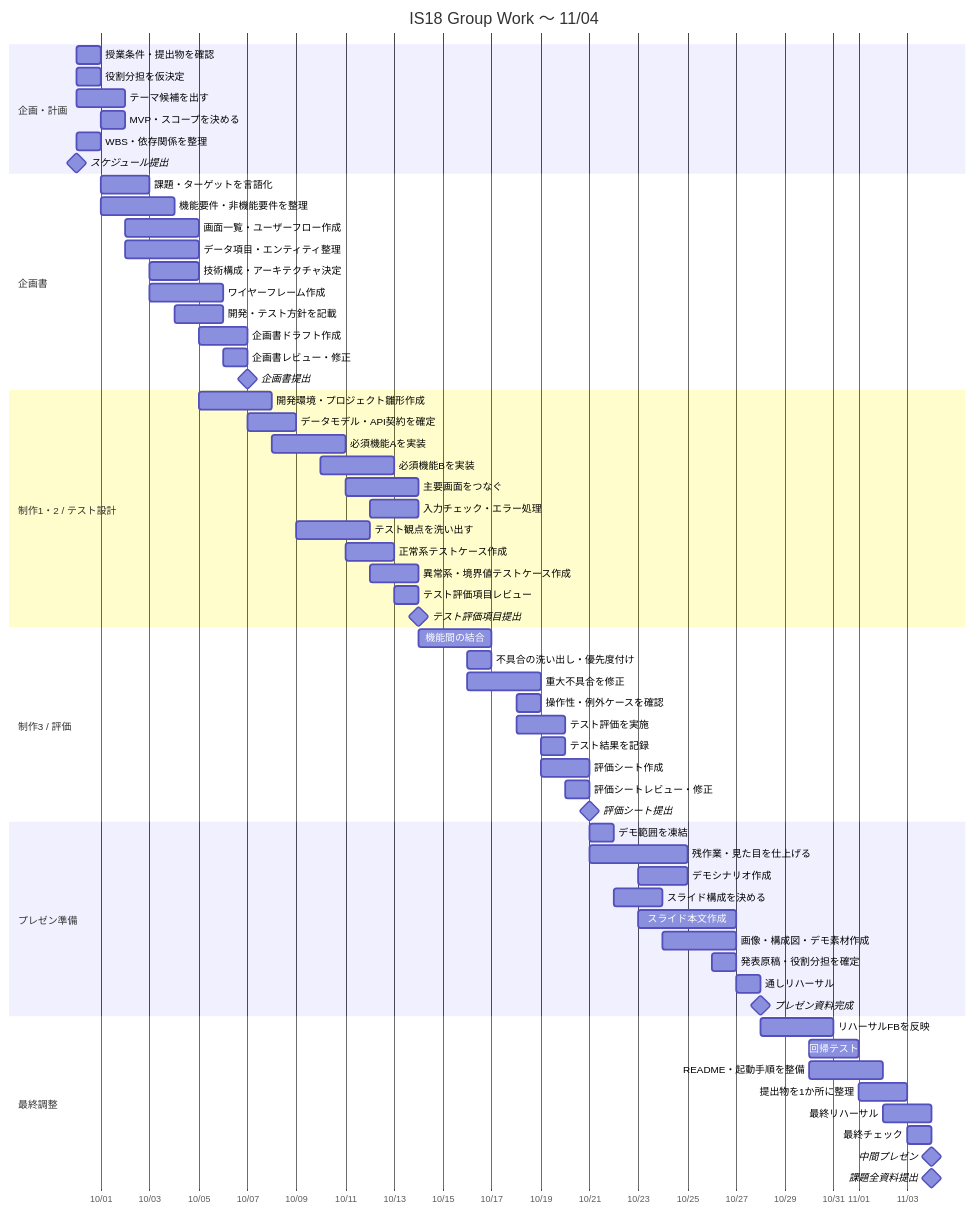
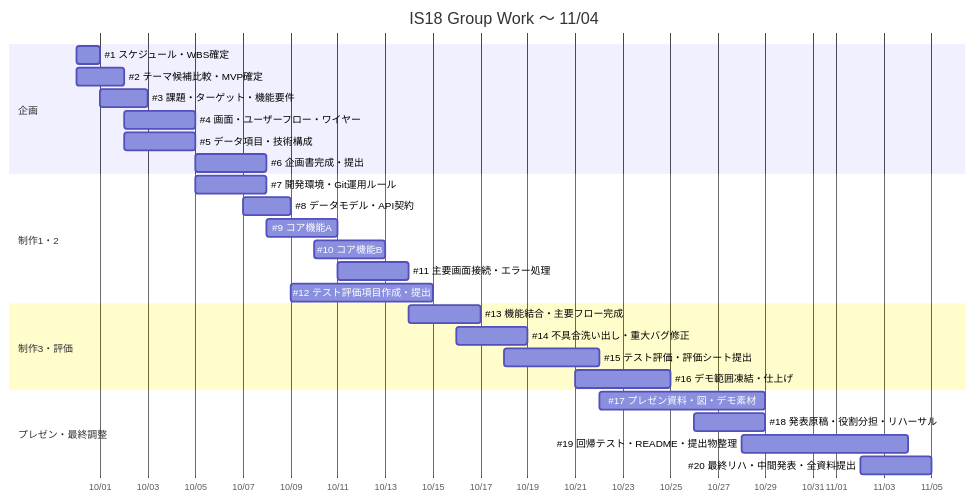
The diagram in docs/gantt.md (sota411/IS18GroupWork), drawn with Mermaid before and after one commit. The commit also changed other lines of this file, not shown here.

Commit message:
docs: align gantt with 20 project issues

````diff
--- a/docs/gantt.md
+++ b/docs/gantt.md
@@ -19,71 +16,34 @@
 ```mermaid
 gantt
     title IS18 Group Work 〜 11/04
     dateFormat  YYYY-MM-DD
     axisFormat  %m/%d
 
-    section 企画・計画
-    授業条件・提出物を確認              :a01, 2026-09-30, 1d
-    役割分担を仮決定                    :a02, 2026-09-30, 1d
-    テーマ候補を出す                    :a03, 2026-09-30, 2d
-    MVP・スコープを決める               :a04, 2026-10-01, 1d
-    WBS・依存関係を整理                 :a05, 2026-09-30, 1d
-    スケジュール提出                    :milestone, a06, 2026-09-30, 0d
+    section 企画
+    #1 スケジュール・WBS確定                 :a1, 2026-09-30, 1d
+    #2 テーマ候補比較・MVP確定               :a2, 2026-09-30, 2d
+    #3 課題・ターゲット・機能要件            :a3, 2026-10-01, 2d
+    #4 画面・ユーザーフロー・ワイヤー        :a4, 2026-10-02, 3d
+    #5 データ項目・技術構成                   :a5, 2026-10-02, 3d
+    #6 企画書完成・提出                       :a6, 2026-10-05, 3d
 
-    section 企画書
-    課題・ターゲットを言語化            :b01, 2026-10-01, 2d
-    機能要件・非機能要件を整理          :b02, 2026-10-01, 3d
-    画面一覧・ユーザーフロー作成        :b03, 2026-10-02, 3d
-    データ項目・エンティティ整理        :b04, 2026-10-02, 3d
-    技術構成・アーキテクチャ決定        :b05, 2026-10-03, 2d
-    ワイヤーフレーム作成                :b06, 2026-10-03, 3d
-    開発・テスト方針を記載              :b07, 2026-10-04, 2d
-    企画書ドラフト作成                  :b08, 2026-10-05, 2d
-    企画書レビュー・修正                :b09, 2026-10-06, 1d
-    企画書提出                          :milestone, b10, 2026-10-07, 0d
+    section 制作1・2
+    #7 開発環境・Git運用ルール                :b1, 2026-10-05, 3d
+    #8 データモデル・API契約                  :b2, 2026-10-07, 2d
+    #9 コア機能A                              :b3, 2026-10-08, 3d
+    #10 コア機能B                             :b4, 2026-10-10, 3d
+    #11 主要画面接続・エラー処理              :b5, 2026-10-11, 3d
+    #12 テスト評価項目作成・提出              :b6, 2026-10-09, 6d
 
-    section 制作1・2 / テスト設計
-    開発環境・プロジェクト雛形作成      :c01, 2026-10-05, 3d
-    データモデル・API契約を確定         :c02, 2026-10-07, 2d
-    必須機能Aを実装                     :c03, 2026-10-08, 3d
-    必須機能Bを実装                     :c04, 2026-10-10, 3d
-    主要画面をつなぐ                    :c05, 2026-10-11, 3d
-    入力チェック・エラー処理            :c06, 2026-10-12, 2d
-    テスト観点を洗い出す                :c07, 2026-10-09, 3d
-    正常系テストケース作成              :c08, 2026-10-11, 2d
-    異常系・境界値テストケース作成      :c09, 2026-10-12, 2d
-    テスト評価項目レビュー              :c10, 2026-10-13, 1d
-    テスト評価項目提出                  :milestone, c11, 2026-10-14, 0d
+    section 制作3・評価
+    #13 機能結合・主要フロー完成              :c1, 2026-10-14, 3d
+    #14 不具合洗い出し・重大バグ修正          :c2, 2026-10-16, 3d
+    #15 テスト評価・評価シート提出            :c3, 2026-10-18, 4d
+    #16 デモ範囲凍結・仕上げ                  :c4, 2026-10-21, 4d
 
-    section 制作3 / 評価
-    機能間の結合                        :d01, 2026-10-14, 3d
-    不具合の洗い出し・優先度付け        :d02, 2026-10-16, 1d
-    重大不具合を修正                    :d03, 2026-10-16, 3d
-    操作性・例外ケースを確認            :d04, 2026-10-18, 1d
-    テスト評価を実施                    :d05, 2026-10-18, 2d
-    テスト結果を記録                    :d06, 2026-10-19, 1d
-    評価シート作成                      :d07, 2026-10-19, 2d
-    評価シートレビュー・修正            :d08, 2026-10-20, 1d
-    評価シート提出                      :milestone, d09, 2026-10-21, 0d
-
-    section プレゼン準備
-    デモ範囲を凍結                      :e01, 2026-10-21, 1d
-    残作業・見た目を仕上げる            :e02, 2026-10-21, 4d
-    デモシナリオ作成                    :e03, 2026-10-23, 2d
-    スライド構成を決める                :e04, 2026-10-22, 2d
-    スライド本文作成                    :e05, 2026-10-23, 4d
-    画像・構成図・デモ素材作成          :e06, 2026-10-24, 3d
-    発表原稿・役割分担を確定            :e07, 2026-10-26, 1d
-    通しリハーサル                      :e08, 2026-10-27, 1d
-    プレゼン資料完成                    :milestone, e09, 2026-10-28, 0d
-
-    section 最終調整
-    リハーサルFBを反映                  :f01, 2026-10-28, 3d
-    回帰テスト                          :f02, 2026-10-30, 2d
-    README・起動手順を整備              :f03, 2026-10-30, 3d
-    提出物を1か所に整理                 :f04, 2026-11-01, 2d
-    最終リハーサル                      :f05, 2026-11-02, 2d
-    最終チェック                        :f06, 2026-11-03, 1d
-    中間プレゼン                        :milestone, f07, 2026-11-04, 0d
-    課題全資料提出                      :milestone, f08, 2026-11-04, 0d
+    section プレゼン・最終調整
+    #17 プレゼン資料・図・デモ素材            :d1, 2026-10-22, 7d
+    #18 発表原稿・役割分担・リハーサル        :d2, 2026-10-26, 3d
+    #19 回帰テスト・README・提出物整理        :d3, 2026-10-28, 7d
+    #20 最終リハ・中間発表・全資料提出        :d4, 2026-11-02, 3d
 ```
````
